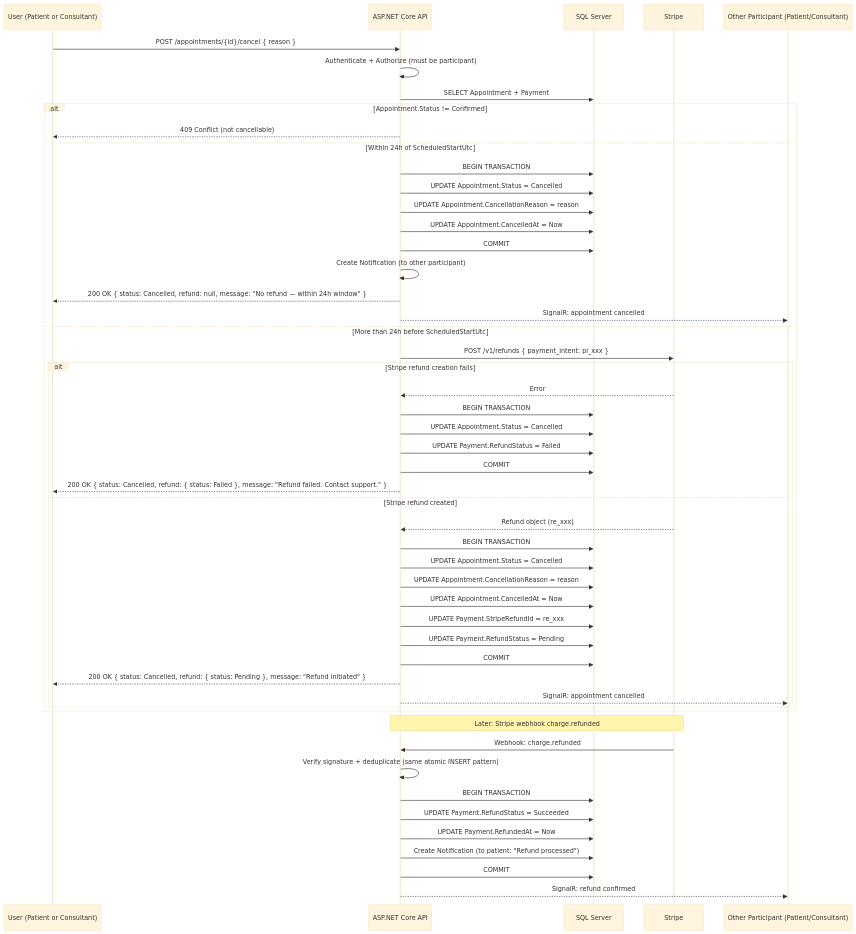
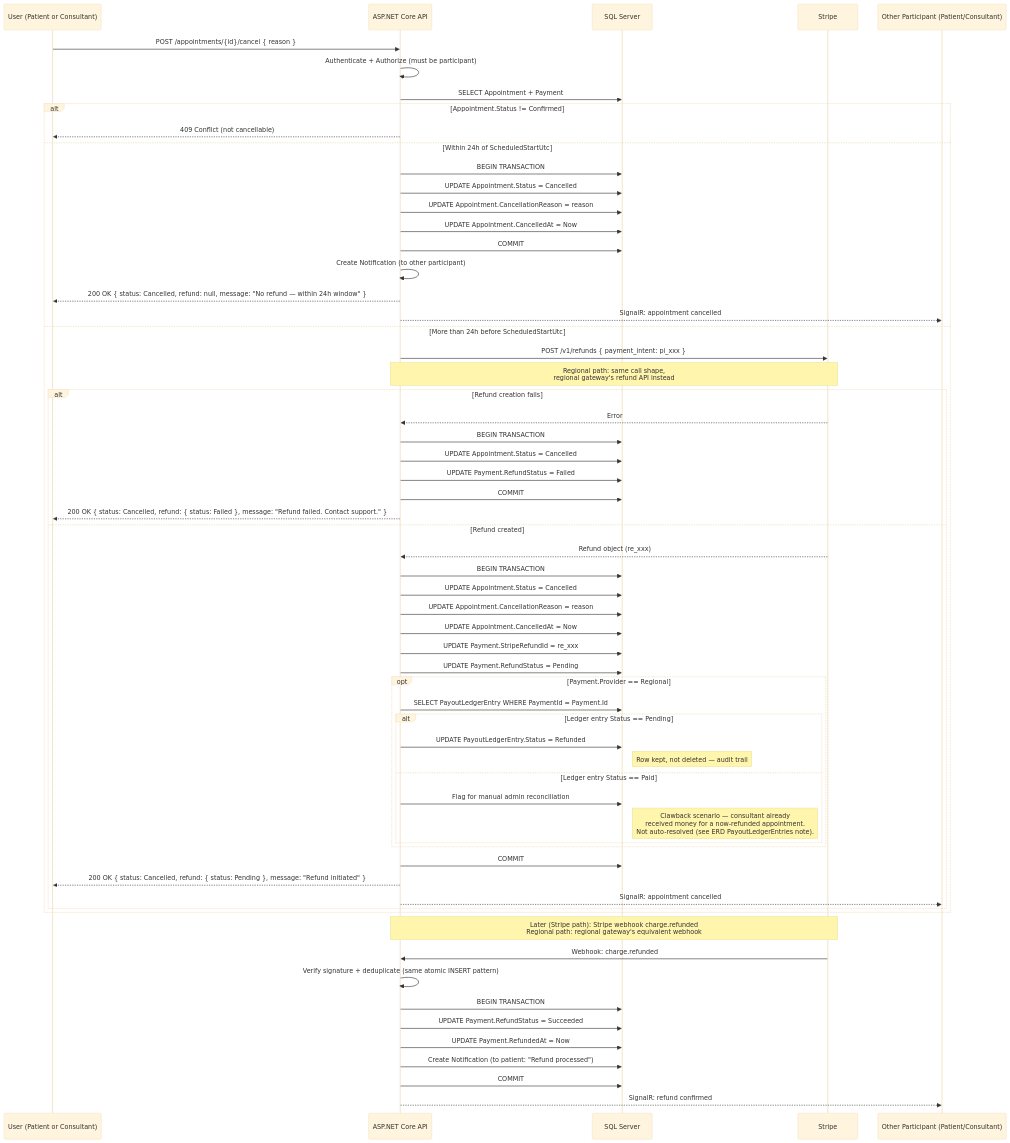
Diagram 12 of 18 in Sequence Diagrams/Telehealth-Sequence-Diagrams.md (Marwansalem122/-Full-Stack-Telehealth-App-Flutter-BLoC-Dotnet-core10-Masterclass-Clean-Architecture-WebRTC-Stripe), drawn with Mermaid (base theme) before and after one commit. The commit also changed other lines of this file and 93 other files, not shown here.

````diff
--- a/Sequence Diagrams/Telehealth-Sequence-Diagrams.md
+++ b/Sequence Diagrams/Telehealth-Sequence-Diagrams.md
@@ -488,55 +494,66 @@
 ```mermaid
 sequenceDiagram
     participant U as User (Patient or Consultant)
     participant API as ASP.NET Core API
     participant DB as SQL Server
     participant ST as Stripe
     participant P as Other Participant (Patient/Consultant)
 
     U->>API: POST /appointments/{id}/cancel { reason }
     API->>API: Authenticate + Authorize (must be participant)
     API->>DB: SELECT Appointment + Payment
     alt Appointment.Status != Confirmed
         API-->>U: 409 Conflict (not cancellable)
     else Within 24h of ScheduledStartUtc
         API->>DB: BEGIN TRANSACTION
         API->>DB: UPDATE Appointment.Status = Cancelled
         API->>DB: UPDATE Appointment.CancellationReason = reason
         API->>DB: UPDATE Appointment.CancelledAt = Now
         API->>DB: COMMIT
         API->>API: Create Notification (to other participant)
         API-->>U: 200 OK { status: Cancelled, refund: null, message: "No refund — within 24h window" }
         API-->>P: SignalR: appointment cancelled
     else More than 24h before ScheduledStartUtc
         API->>ST: POST /v1/refunds { payment_intent: pi_xxx }
-        alt Stripe refund creation fails
+        Note over API,ST: Regional path: same call shape,<br/>regional gateway's refund API instead
+        alt Refund creation fails
             ST-->>API: Error
             API->>DB: BEGIN TRANSACTION
             API->>DB: UPDATE Appointment.Status = Cancelled
             API->>DB: UPDATE Payment.RefundStatus = Failed
             API->>DB: COMMIT
             API-->>U: 200 OK { status: Cancelled, refund: { status: Failed }, message: "Refund failed. Contact support." }
-        else Stripe refund created
+        else Refund created
             ST-->>API: Refund object (re_xxx)
             API->>DB: BEGIN TRANSACTION
             API->>DB: UPDATE Appointment.Status = Cancelled
             API->>DB: UPDATE Appointment.CancellationReason = reason
             API->>DB: UPDATE Appointment.CancelledAt = Now
             API->>DB: UPDATE Payment.StripeRefundId = re_xxx
             API->>DB: UPDATE Payment.RefundStatus = Pending
+            opt Payment.Provider == Regional
+                API->>DB: SELECT PayoutLedgerEntry WHERE PaymentId = Payment.Id
+                alt Ledger entry Status == Pending
+                    API->>DB: UPDATE PayoutLedgerEntry.Status = Refunded
+                    Note right of DB: Row kept, not deleted — audit trail
+                else Ledger entry Status == Paid
+                    API->>DB: Flag for manual admin reconciliation
+                    Note right of DB: Clawback scenario — consultant already<br/>received money for a now-refunded appointment.<br/>Not auto-resolved (see ERD PayoutLedgerEntries note).
+                end
+            end
             API->>DB: COMMIT
             API-->>U: 200 OK { status: Cancelled, refund: { status: Pending }, message: "Refund initiated" }
             API-->>P: SignalR: appointment cancelled
         end
     end
 
-    Note over ST,API: Later: Stripe webhook charge.refunded
+    Note over ST,API: Later (Stripe path): Stripe webhook charge.refunded<br/>Regional path: regional gateway's equivalent webhook
     ST->>API: Webhook: charge.refunded
     API->>API: Verify signature + deduplicate (same atomic INSERT pattern)
     API->>DB: BEGIN TRANSACTION
     API->>DB: UPDATE Payment.RefundStatus = Succeeded
     API->>DB: UPDATE Payment.RefundedAt = Now
     API->>DB: Create Notification (to patient: "Refund processed")
     API->>DB: COMMIT
     API-->>P: SignalR: refund confirmed
 ```
````
